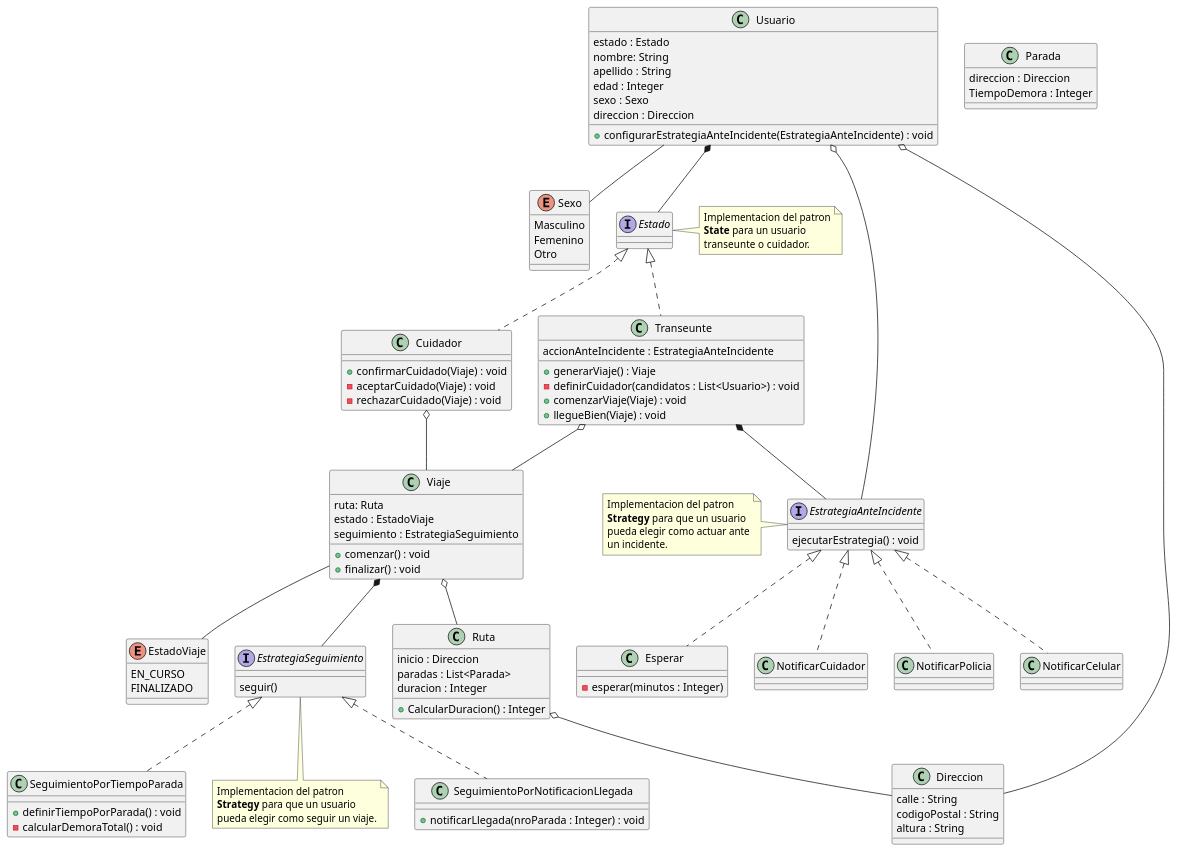
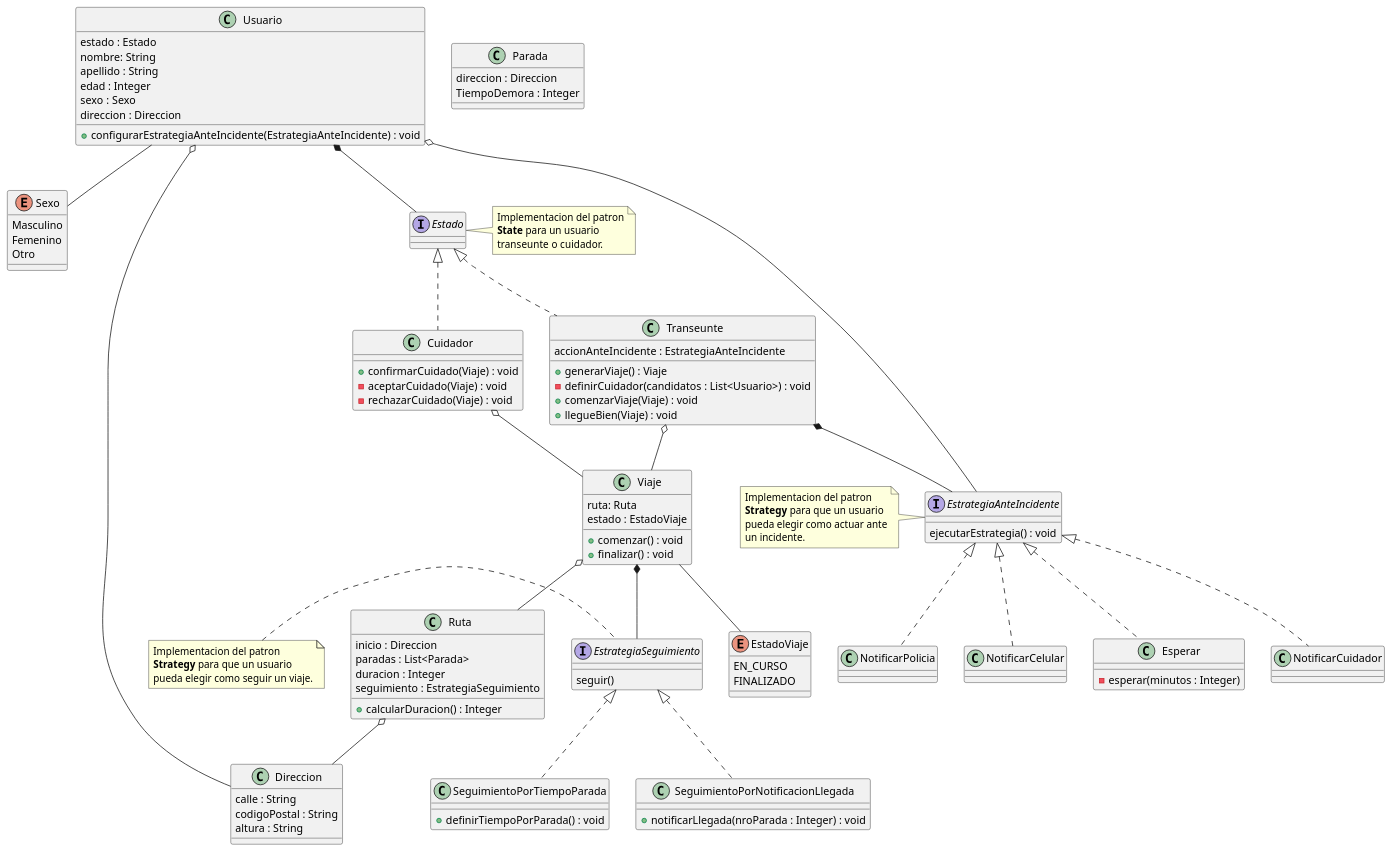
Before and after one commit to nachoberaza/practica-dds-cuidandonos: the diagram in docs/diagrams/class_diagram_v2.puml, drawn with PlantUML.

Commit message:
Adding corrections.

```diff
--- a/docs/diagrams/class_diagram_v2.puml
+++ b/docs/diagrams/class_diagram_v2.puml
@@ -1,140 +1,139 @@
 @startuml
 class Usuario{
     estado : Estado
     nombre: String
     apellido : String
     edad : Integer
     sexo : Sexo
     direccion : Direccion
     + configurarEstrategiaAnteIncidente(EstrategiaAnteIncidente) : void
 }
 
 enum Sexo{
     Masculino
     Femenino
     Otro
 }
 
 interface Estado{
     'TODO: Que metodo podria ir en esta interfaz??'
 }
 
 class Transeunte {
     accionAnteIncidente : EstrategiaAnteIncidente
 
     + generarViaje() : Viaje
     - definirCuidador(candidatos : List<Usuario>) : void
     + comenzarViaje(Viaje) : void
     + llegueBien(Viaje) : void
 }
 
 class Cuidador {
     + confirmarCuidado(Viaje) : void
     - aceptarCuidado(Viaje) : void
     - rechazarCuidado(Viaje) : void
 }
 
 class Viaje {
     ruta: Ruta
     estado : EstadoViaje
-    seguimiento : EstrategiaSeguimiento
     + comenzar() : void
     + finalizar() : void
 }
 
 enum EstadoViaje{
     EN_CURSO
     FINALIZADO
 }
 
 class Ruta{
     inicio : Direccion
     paradas : List<Parada>
     duracion : Integer
-    + CalcularDuracion() : Integer
+    seguimiento : EstrategiaSeguimiento
+    + calcularDuracion() : Integer
 }
 
 class Parada {
     direccion : Direccion
     TiempoDemora : Integer
 }
 
 interface EstrategiaSeguimiento {
     seguir()
 }
 
 class SeguimientoPorNotificacionLlegada implements EstrategiaSeguimiento {
     + notificarLlegada(nroParada : Integer) : void
 }
 
 class SeguimientoPorTiempoParada implements EstrategiaSeguimiento {
     + definirTiempoPorParada() : void
-    - calcularDemoraTotal() : void
 }
 
 interface EstrategiaAnteIncidente {
     ejecutarEstrategia() : void
 }
 
 class NotificarCuidador{}
 
 class NotificarPolicia{}
 
 class NotificarCelular{}
 
 'TODO: Checkear si estan bien parametrizados los minutos'
 class Esperar{
     - esperar(minutos : Integer)
 }
 
 class Direccion{
     calle : String
     codigoPostal : String
     altura : String
 }
 
 'Relaciones'
 Usuario *-- Estado
 Usuario o-- Direccion
 Usuario o-- EstrategiaAnteIncidente
 Usuario -- Sexo
 
 Estado <|.. Transeunte
 Estado <|.. Cuidador
 
 Transeunte *-- EstrategiaAnteIncidente
 
 Viaje o-- Ruta
 Transeunte o-- Viaje
 Cuidador o-- Viaje
 Viaje -- EstadoViaje
 Viaje *-- EstrategiaSeguimiento
 
 Ruta o-- Direccion
 
 EstrategiaAnteIncidente <|.. NotificarCuidador
 EstrategiaAnteIncidente <|.. NotificarCelular
 EstrategiaAnteIncidente <|.. NotificarPolicia
 EstrategiaAnteIncidente <|.. Esperar
 
 'Notas'
-note bottom of EstrategiaSeguimiento
+note left of EstrategiaSeguimiento
     Implementacion del patron
     **Strategy** para que un usuario
     pueda elegir como seguir un viaje.
 end note
 
 note left of Estado
     Implementacion del patron
     **State** para un usuario
     transeunte o cuidador.
 end note
 
 note left of EstrategiaAnteIncidente
     Implementacion del patron
     **Strategy** para que un usuario
     pueda elegir como actuar ante
     un incidente.
 end note
 
 @enduml
```
